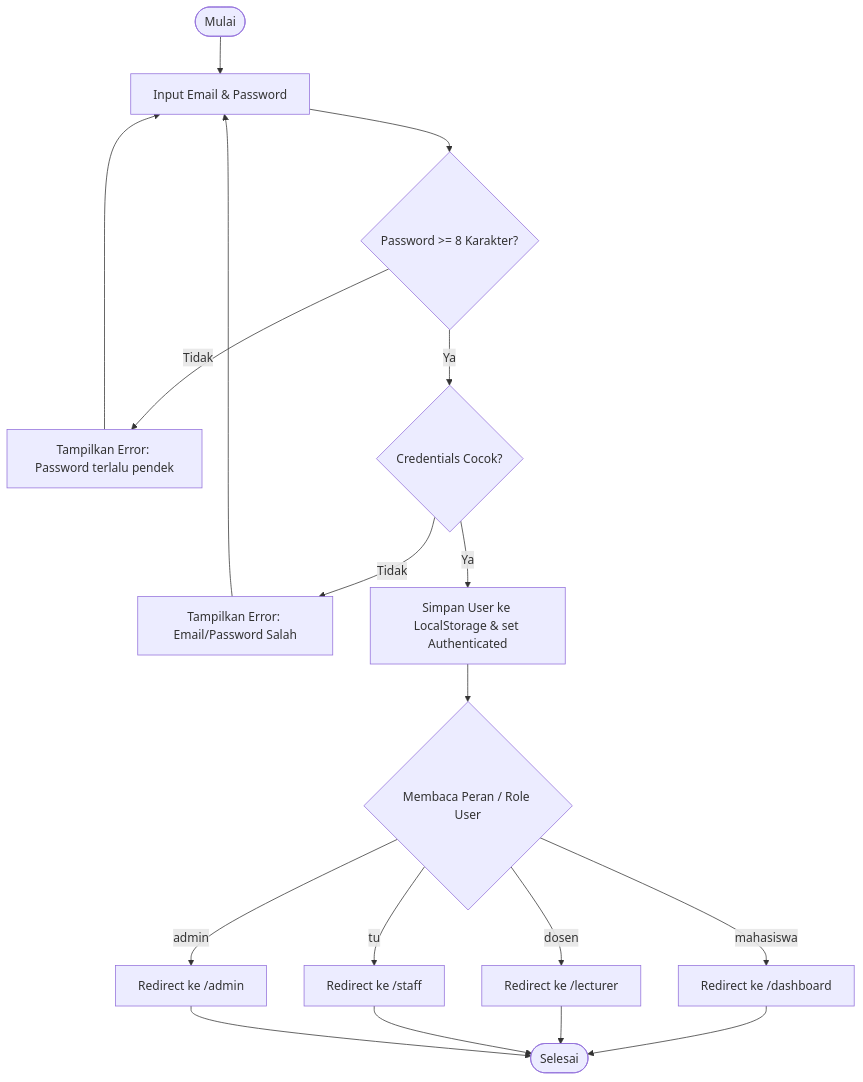
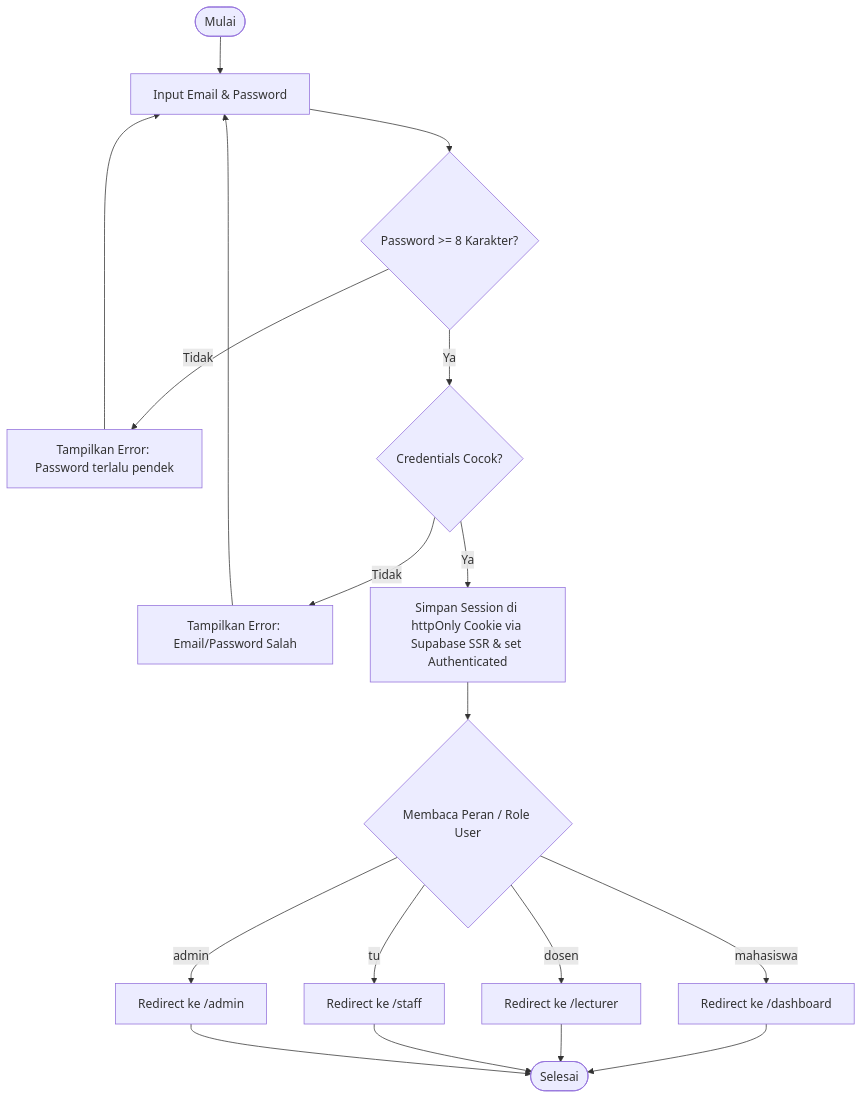
The second of 4 diagrams in docs/04_srs.md (Alfaturachman/kulino-lms), drawn with Mermaid before and after one commit. The commit also changed other lines of this file and 15 other files, not shown here.

````diff
--- a/docs/04_srs.md
+++ b/docs/04_srs.md
@@ -277,18 +314,18 @@
 ```mermaid
 flowchart TD
     Start([Mulai]) --> Input[Input Email & Password]
     Input --> LengthCheck{Password >= 8 Karakter?}
     LengthCheck -- Tidak --> Error1[Tampilkan Error: Password terlalu pendek] --> Input
     LengthCheck -- Ya --> AuthCheck{Credentials Cocok?}
     AuthCheck -- Tidak --> Error2[Tampilkan Error: Email/Password Salah] --> Input
-    AuthCheck -- Ya --> SaveSession[Simpan User ke LocalStorage & set Authenticated]
+    AuthCheck -- Ya --> SaveSession[Simpan Session di httpOnly Cookie via Supabase SSR & set Authenticated]
     SaveSession --> RoleCheck{Membaca Peran / Role User}
     RoleCheck -- mahasiswa --> RedirectM[Redirect ke /dashboard]
     RoleCheck -- dosen --> RedirectD[Redirect ke /lecturer]
     RoleCheck -- tu --> RedirectT[Redirect ke /staff]
     RoleCheck -- admin --> RedirectA[Redirect ke /admin]
     RedirectM --> End([Selesai])
     RedirectD --> End
     RedirectT --> End
     RedirectA --> End
 ```
````
